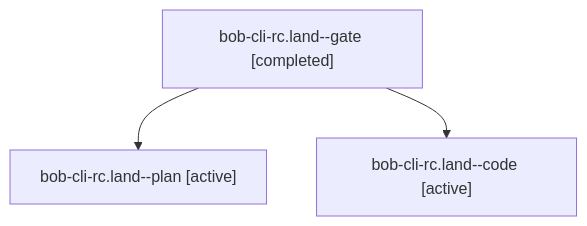
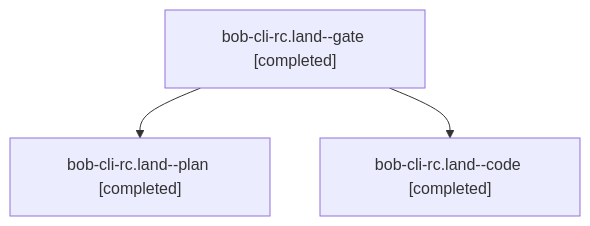
The diagram in sessions/bbugyi200.athena.bob-cli-rc.land.md (bobs-org/bob-cli--agents), drawn with Mermaid before and after one commit. The commit also changed other lines of this file and 38 other files, not shown here.

````diff
--- a/sessions/bbugyi200.athena.bob-cli-rc.land.md
+++ b/sessions/bbugyi200.athena.bob-cli-rc.land.md
@@ -9,8 +9,8 @@
 ```mermaid
 flowchart TD
   n0["bob-cli-rc.land--gate [completed]"]
-  n1["bob-cli-rc.land--plan [active]"]
+  n1["bob-cli-rc.land--plan [completed]"]
   n0 --> n1
-  n2["bob-cli-rc.land--code [active]"]
+  n2["bob-cli-rc.land--code [completed]"]
   n0 --> n2
 ```
````
